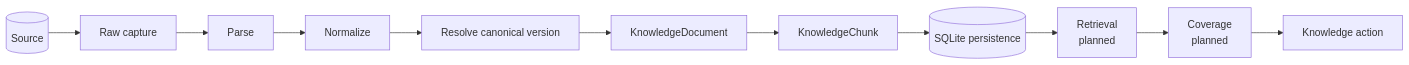
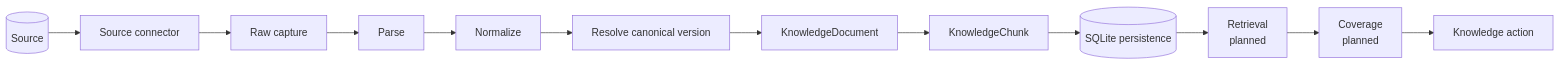
One commit to kumarchandansingh/tropos changed the diagram in README.md. Above: the diagram before and after it, drawn with Mermaid. The commit also changed other lines of this file and 12 other files, not shown here.

First line of the commit message:
feat: add extensible source connector boundary (#14)

````diff
--- a/README.md
+++ b/README.md
@@ -36,14 +37,15 @@
 ```mermaid
 flowchart LR
     S[(Source)]
+    --> X[Source connector]
     --> R[Raw capture]
-    --> X[Parse]
+    --> P[Parse]
     --> N[Normalize]
     --> V[Resolve canonical version]
     --> D[KnowledgeDocument]
     --> C[KnowledgeChunk]
-    --> P[(SQLite persistence)]
+    --> DB[(SQLite persistence)]
     --> Q[Retrieval<br/>planned]
     --> G[Coverage<br/>planned]
     --> A[Knowledge action]
 ```
````
